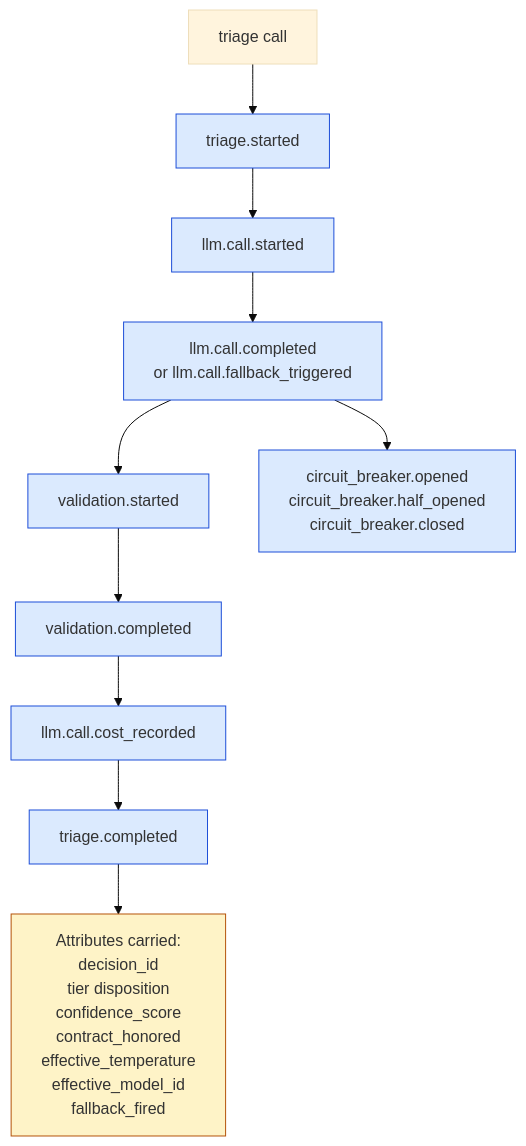
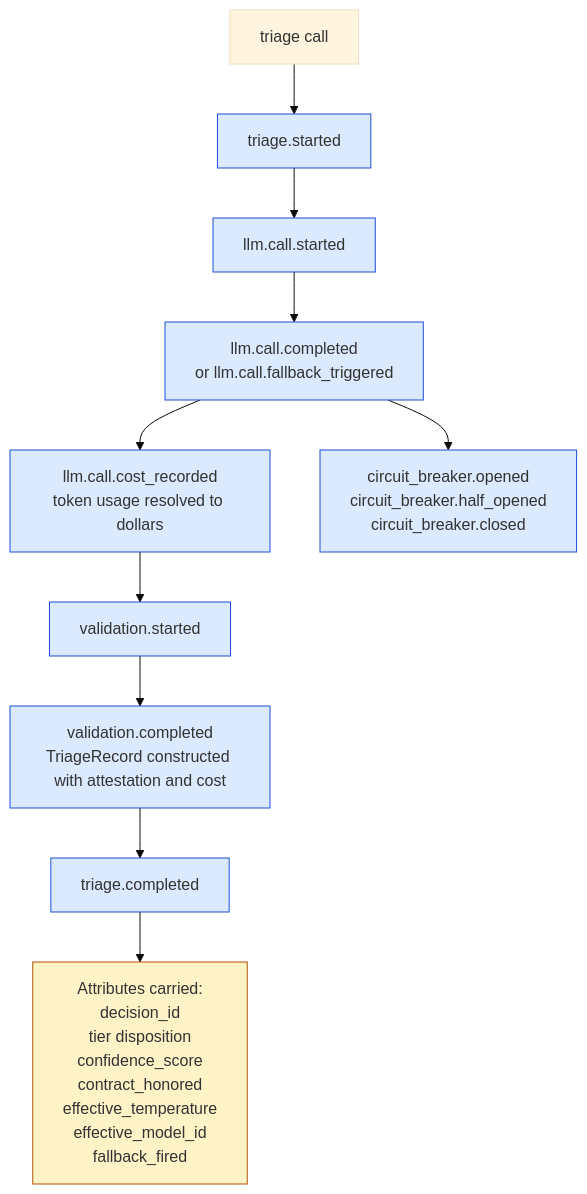
One commit to sitkastack/vendor-risk-triage changed the seventh of 7 diagrams in docs/system-architecture.md. Above: the diagram before and after it, drawn with Mermaid (base theme). The commit also changed other lines of this file and 2 other files, not shown here.

First line of the commit message:
docs(diagrams): fix all 16 findings from 6-persona review

````diff
--- a/docs/system-architecture.md
+++ b/docs/system-architecture.md
@@ -285,17 +320,17 @@
 ```mermaid
 flowchart TB
     classDef event fill:#dbeafe,stroke:#1d4ed8
     classDef attr fill:#fef3c7,stroke:#b45309
 
     Triage[triage call] --> Started[triage.started]:::event
     Started --> CallStart[llm.call.started]:::event
     CallStart --> CallComplete[llm.call.completed<br/>or llm.call.fallback_triggered]:::event
-    CallComplete --> Validation[validation.started]:::event
-    Validation --> ValidationDone[validation.completed]:::event
-    ValidationDone --> CostRecorded[llm.call.cost_recorded]:::event
-    CostRecorded --> Completed[triage.completed]:::event
+    CallComplete --> CostRecorded[llm.call.cost_recorded<br/>token usage resolved to dollars]:::event
+    CostRecorded --> Validation[validation.started]:::event
+    Validation --> ValidationDone[validation.completed<br/>TriageRecord constructed with attestation and cost]:::event
+    ValidationDone --> Completed[triage.completed]:::event
 
     Completed --> Attrs[Attributes carried:<br/>decision_id<br/>tier disposition<br/>confidence_score<br/>contract_honored<br/>effective_temperature<br/>effective_model_id<br/>fallback_fired]:::attr
 
     CallComplete --> BreakerEvents[circuit_breaker.opened<br/>circuit_breaker.half_opened<br/>circuit_breaker.closed]:::event
 ```
````
